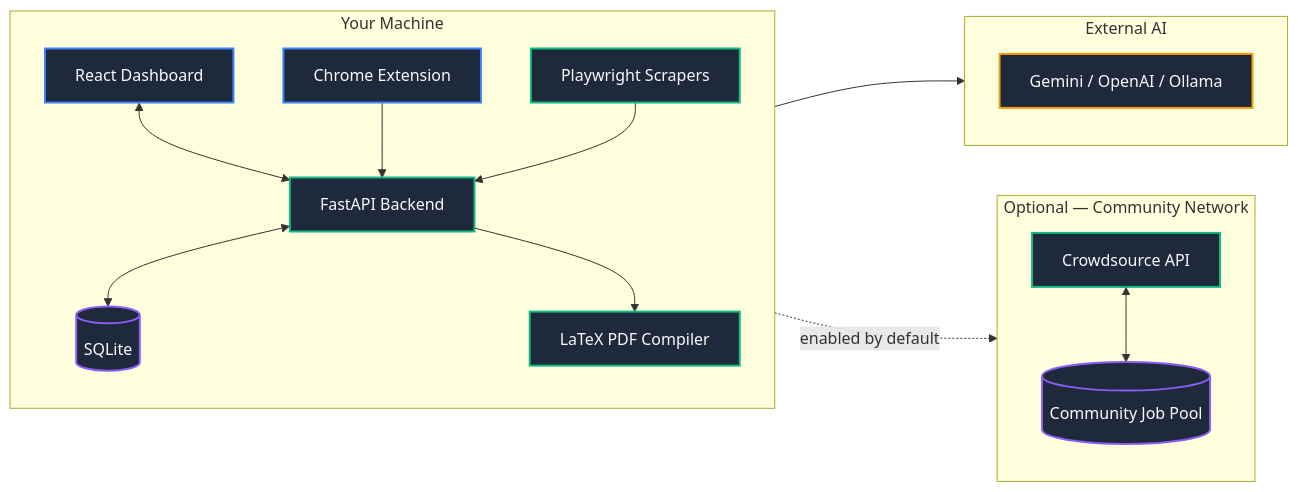
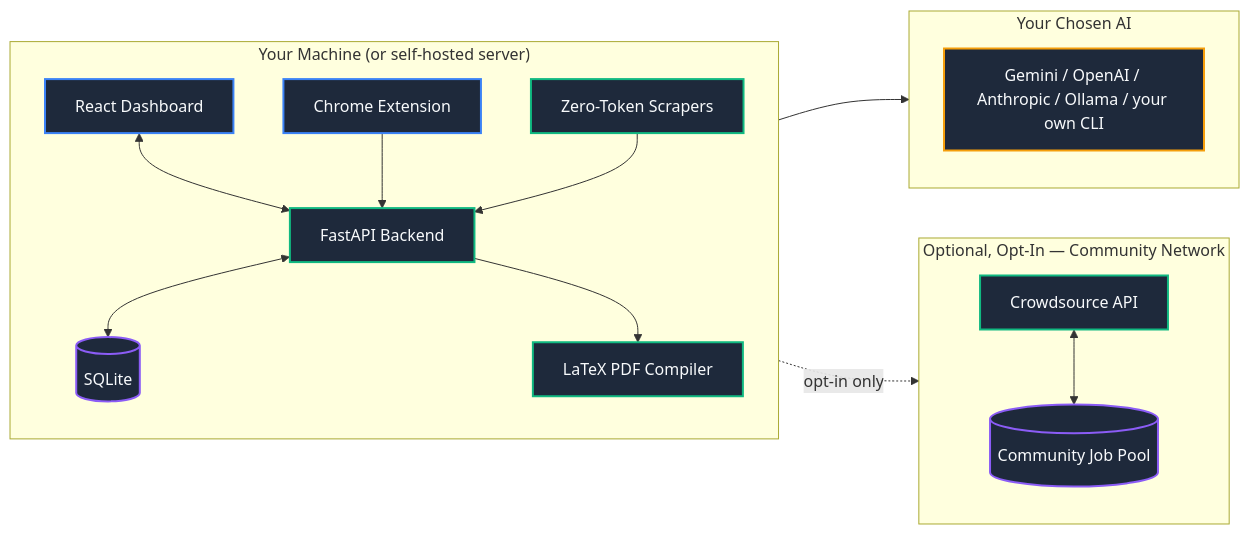
Before and after one commit to koteshrv/career-agent: the diagram in README.md, drawn with Mermaid. The commit also changed other lines of this file and 10 other files, not shown here.

````diff
--- a/README.md
+++ b/README.md
@@ -109,34 +113,34 @@
 ```mermaid
 graph LR
     classDef frontend fill:#1E293B,stroke:#3B82F6,stroke-width:2px,color:#F8FAFC
     classDef backend fill:#1E293B,stroke:#10B981,stroke-width:2px,color:#F8FAFC
     classDef storage fill:#1E293B,stroke:#8B5CF6,stroke-width:2px,color:#F8FAFC
     classDef ai fill:#1E293B,stroke:#F59E0B,stroke-width:2px,color:#F8FAFC
 
-    subgraph Machine["Your Machine"]
+    subgraph Machine["Your Machine (or self-hosted server)"]
         UI[React Dashboard]:::frontend
         Ext[Chrome Extension]:::frontend
         API[FastAPI Backend]:::backend
-        Cron[Playwright Scrapers]:::backend
+        Cron[Zero-Token Scrapers]:::backend
         Compiler[LaTeX PDF Compiler]:::backend
         DB[(SQLite)]:::storage
         UI <--> API
         Ext --> API
         Cron --> API
         API <--> DB
         API --> Compiler
     end
 
-    subgraph AI["External AI"]
-        LLM[Gemini / OpenAI / Ollama]:::ai
+    subgraph AI["Your Chosen AI"]
+        LLM[Gemini / OpenAI / Anthropic / Ollama / your own CLI]:::ai
     end
 
-    subgraph Network["Optional — Community Network"]
+    subgraph Network["Optional, Opt-In — Community Network"]
         CF[Crowdsource API]:::backend
         DB2[(Community Job Pool)]:::storage
         CF <--> DB2
     end
 
     Machine --> AI
-    Machine -.->|enabled by default| Network
+    Machine -.->|opt-in only| Network
 ```
````
